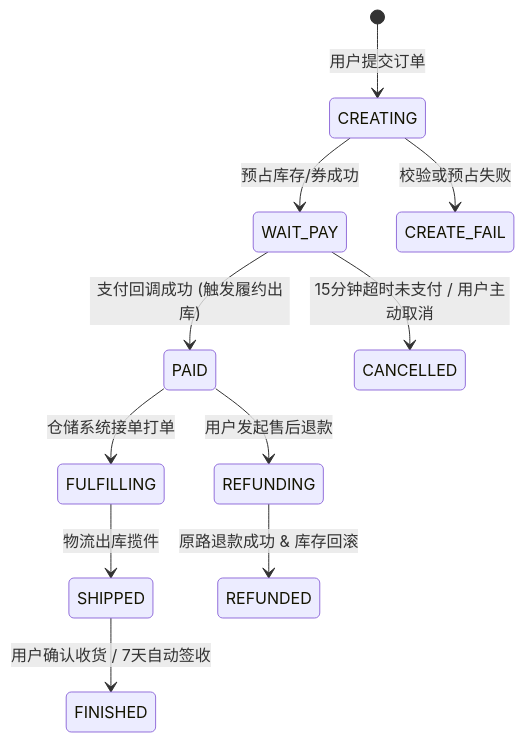
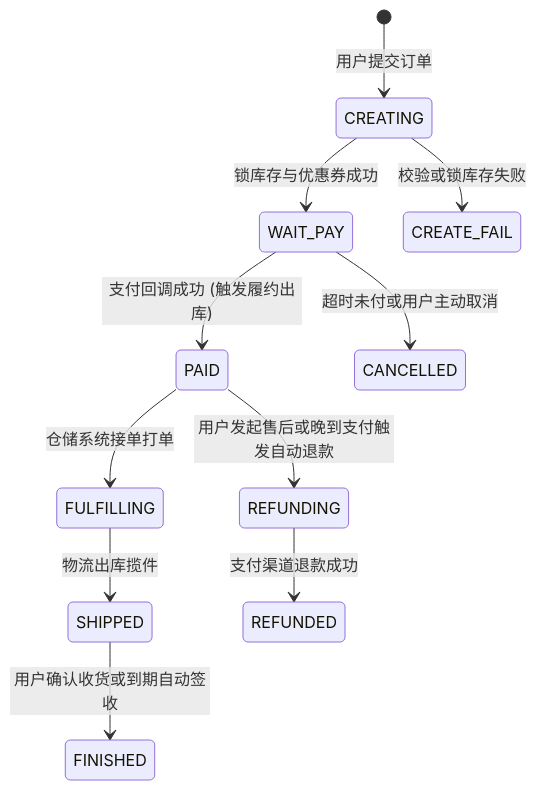
Before and after one commit to GuoWWWX/knowledge-base: the first of 3 diagrams in 20-Java后端/09-项目实战/03-项目-订单履约系统.md, drawn with Mermaid. The commit also changed other lines of this file and 251 other files, not shown here.

````diff
--- a/20-Java后端/09-项目实战/03-项目-订单履约系统.md
+++ b/20-Java后端/09-项目实战/03-项目-订单履约系统.md
@@ -41,16 +50,16 @@
 ```mermaid
 stateDiagram-v2
     [*] --> CREATING : 用户提交订单
-    CREATING --> WAIT_PAY : 预占库存/券成功
-    CREATING --> CREATE_FAIL : 校验或预占失败
+    CREATING --> WAIT_PAY : 锁库存与优惠券成功
+    CREATING --> CREATE_FAIL : 校验或锁库存失败
 
     WAIT_PAY --> PAID : 支付回调成功 (触发履约出库)
-    WAIT_PAY --> CANCELLED : 15分钟超时未支付 / 用户主动取消
+    WAIT_PAY --> CANCELLED : 超时未付或用户主动取消
 
     PAID --> FULFILLING : 仓储系统接单打单
     FULFILLING --> SHIPPED : 物流出库揽件
-    SHIPPED --> FINISHED : 用户确认收货 / 7天自动签收
+    SHIPPED --> FINISHED : 用户确认收货或到期自动签收
 
-    PAID --> REFUNDING : 用户发起售后退款
-    REFUNDING --> REFUNDED : 原路退款成功 & 库存回滚
+    PAID --> REFUNDING : 用户发起售后或晚到支付触发自动退款
+    REFUNDING --> REFUNDED : 支付渠道退款成功
 ```
````
